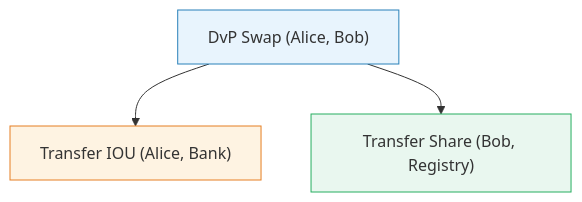
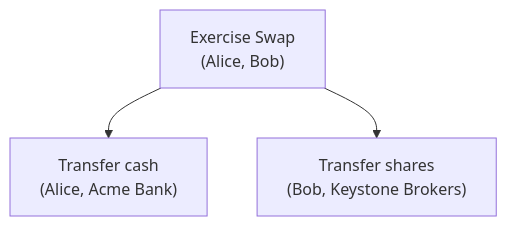
The diagram in docs/content/docs/canton-network/concepts.mdx (crisog/daml), drawn with Mermaid before and after one commit. The commit also changed other lines of this file and 1 other file, not shown here.

````diff
--- a/docs/content/docs/canton-network/concepts.mdx
+++ b/docs/content/docs/canton-network/concepts.mdx
@@ -69,13 +15,9 @@
 ```mermaid
 flowchart TB
-    DvP["DvP Swap (Alice, Bob)"]
-    IOU["Transfer IOU (Alice, Bank)"]
-    Share["Transfer Share (Bob, Registry)"]
+    Swap["Exercise Swap\n(Alice, Bob)"]
+    Cash["Transfer cash\n(Alice, Acme Bank)"]
+    Shares["Transfer shares\n(Bob, Keystone Brokers)"]
 
-    DvP --> IOU
-    DvP --> Share
-
-    style DvP fill:#e8f4fd,stroke:#2980b9
-    style IOU fill:#fef3e2,stroke:#e67e22
-    style Share fill:#e9f7ef,stroke:#27ae60
+    Swap --> Cash
+    Swap --> Shares
 ```
````
